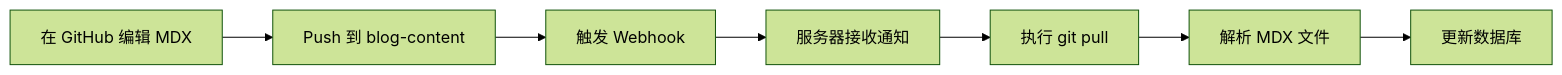
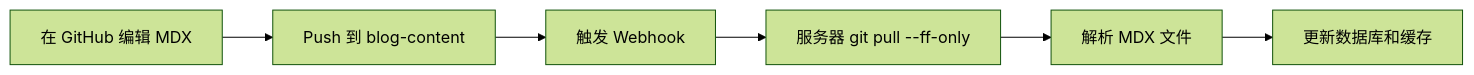
The first of 3 diagrams in DEPLOYMENT_GUIDE.md (sumanin5/blog_fr), drawn with Mermaid (forest theme) before and after one commit. The commit also changed other lines of this file and 16 other files, not shown here.

````diff
--- a/DEPLOYMENT_GUIDE.md
+++ b/DEPLOYMENT_GUIDE.md
@@ -211,9 +186,8 @@
 ```mermaid
 graph LR
     A[在 GitHub 编辑 MDX] --> B[Push 到 blog-content]
     B --> C[触发 Webhook]
-    C --> D[服务器接收通知]
-    D --> E[执行 git pull]
-    E --> F[解析 MDX 文件]
-    F --> G[更新数据库]
+    C --> D[服务器 git pull --ff-only]
+    D --> E[解析 MDX 文件]
+    E --> F[更新数据库和缓存]
 ```
````
